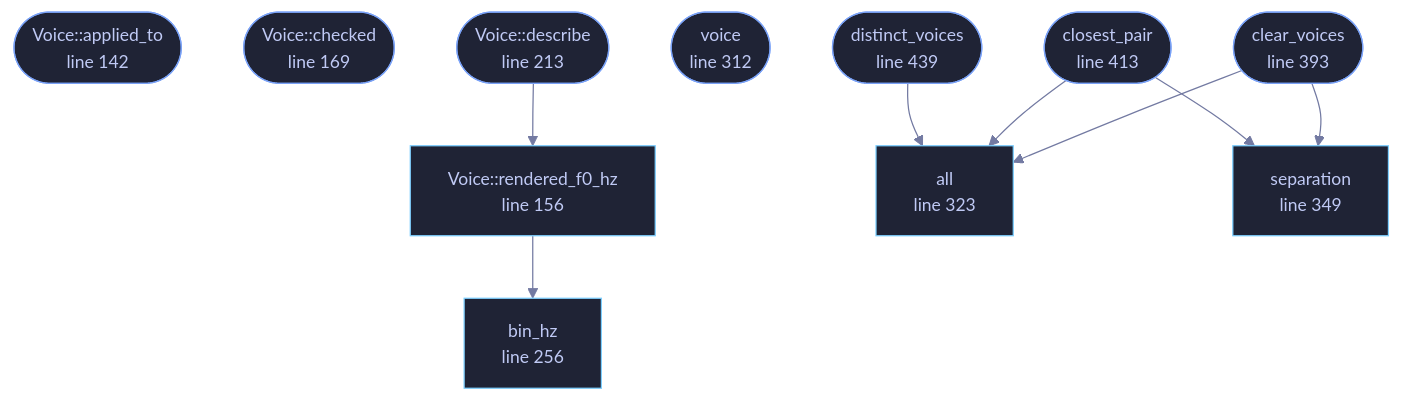
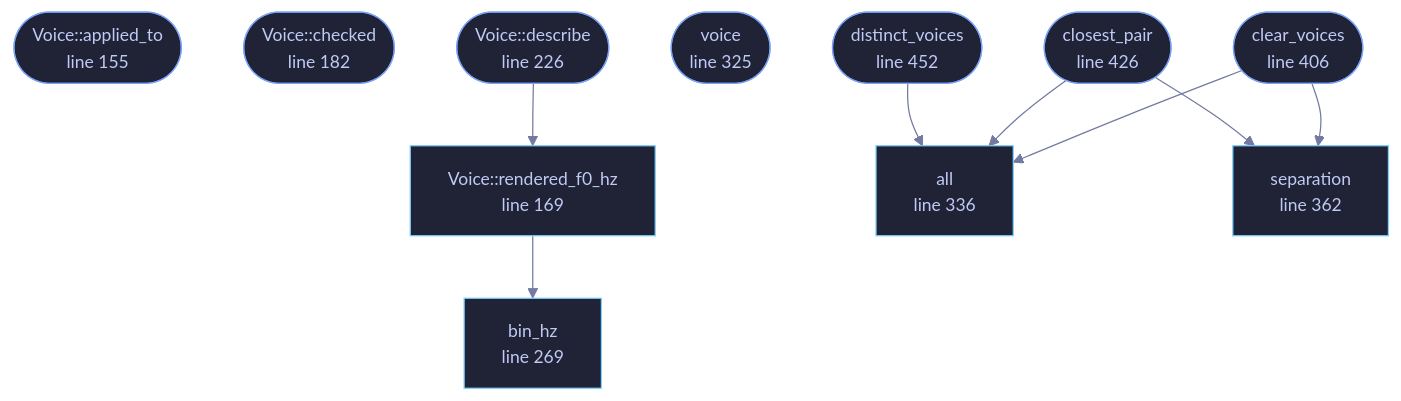
Before and after one commit to tilas01/veilvoice: the diagram in docs/files/veilvoice-core/voices.md, drawn with Mermaid. The commit also changed other lines of this file and 487 other files, not shown here.

````diff
--- a/docs/files/veilvoice-core/voices.md
+++ b/docs/files/veilvoice-core/voices.md
@@ -174,37 +188,37 @@
 ```mermaid
 %%{init: {"theme":"base","themeVariables":{"background":"#1a1b26","primaryColor":"#1f2335","primaryTextColor":"#c0caf5","primaryBorderColor":"#7aa2f7","secondaryColor":"#16161e","tertiaryColor":"#16161e","lineColor":"#737aa2","textColor":"#c0caf5","mainBkg":"#1f2335","nodeBorder":"#7aa2f7","clusterBkg":"#16161e","clusterBorder":"#2f3549","fontFamily":"ui-monospace, SFMono-Regular, Consolas, monospace","fontSize":"14px"}}}%%
 flowchart TD
-    n_applied_to(["Voice::applied_to<br/>line 142"])
-    n_rendered_f0_hz["Voice::rendered_f0_hz<br/>line 156"]
-    n_checked(["Voice::checked<br/>line 169"])
-    n_describe(["Voice::describe<br/>line 213"])
-    n_bin_hz["bin_hz<br/>line 256"]
-    n_voice(["voice<br/>line 312"])
-    n_all["all<br/>line 323"]
-    n_separation["separation<br/>line 349"]
-    n_clear_voices(["clear_voices<br/>line 393"])
-    n_closest_pair(["closest_pair<br/>line 413"])
-    n_distinct_voices(["distinct_voices<br/>line 439"])
+    n_applied_to(["Voice::applied_to<br/>line 155"])
+    n_rendered_f0_hz["Voice::rendered_f0_hz<br/>line 169"]
+    n_checked(["Voice::checked<br/>line 182"])
+    n_describe(["Voice::describe<br/>line 226"])
+    n_bin_hz["bin_hz<br/>line 269"]
+    n_voice(["voice<br/>line 325"])
+    n_all["all<br/>line 336"]
+    n_separation["separation<br/>line 362"]
+    n_clear_voices(["clear_voices<br/>line 406"])
+    n_closest_pair(["closest_pair<br/>line 426"])
+    n_distinct_voices(["distinct_voices<br/>line 452"])
     n_clear_voices --> n_all
     n_clear_voices --> n_separation
     n_closest_pair --> n_all
     n_closest_pair --> n_separation
     n_describe --> n_rendered_f0_hz
     n_distinct_voices --> n_all
     n_rendered_f0_hz --> n_bin_hz
-    click n_applied_to href "https://github.com/tilas01/veilvoice/blob/main/crates/veilvoice-core/src/voices.rs#L142" "open the source"
-    click n_rendered_f0_hz href "https://github.com/tilas01/veilvoice/blob/main/crates/veilvoice-core/src/voices.rs#L156" "open the source"
-    click n_checked href "https://github.com/tilas01/veilvoice/blob/main/crates/veilvoice-core/src/voices.rs#L169" "open the source"
-    click n_describe href "https://github.com/tilas01/veilvoice/blob/main/crates/veilvoice-core/src/voices.rs#L213" "open the source"
-    click n_bin_hz href "https://github.com/tilas01/veilvoice/blob/main/crates/veilvoice-core/src/voices.rs#L256" "open the source"
-    click n_voice href "https://github.com/tilas01/veilvoice/blob/main/crates/veilvoice-core/src/voices.rs#L312" "open the source"
-    click n_all href "https://github.com/tilas01/veilvoice/blob/main/crates/veilvoice-core/src/voices.rs#L323" "open the source"
-    click n_separation href "https://github.com/tilas01/veilvoice/blob/main/crates/veilvoice-core/src/voices.rs#L349" "open the source"
-    click n_clear_voices href "https://github.com/tilas01/veilvoice/blob/main/crates/veilvoice-core/src/voices.rs#L393" "open the source"
-    click n_closest_pair href "https://github.com/tilas01/veilvoice/blob/main/crates/veilvoice-core/src/voices.rs#L413" "open the source"
-    click n_distinct_voices href "https://github.com/tilas01/veilvoice/blob/main/crates/veilvoice-core/src/voices.rs#L439" "open the source"
+    click n_applied_to href "https://github.com/tilas01/veilvoice/blob/main/crates/veilvoice-core/src/voices.rs#L155" "open the source"
+    click n_rendered_f0_hz href "https://github.com/tilas01/veilvoice/blob/main/crates/veilvoice-core/src/voices.rs#L169" "open the source"
+    click n_checked href "https://github.com/tilas01/veilvoice/blob/main/crates/veilvoice-core/src/voices.rs#L182" "open the source"
+    click n_describe href "https://github.com/tilas01/veilvoice/blob/main/crates/veilvoice-core/src/voices.rs#L226" "open the source"
+    click n_bin_hz href "https://github.com/tilas01/veilvoice/blob/main/crates/veilvoice-core/src/voices.rs#L269" "open the source"
+    click n_voice href "https://github.com/tilas01/veilvoice/blob/main/crates/veilvoice-core/src/voices.rs#L325" "open the source"
+    click n_all href "https://github.com/tilas01/veilvoice/blob/main/crates/veilvoice-core/src/voices.rs#L336" "open the source"
+    click n_separation href "https://github.com/tilas01/veilvoice/blob/main/crates/veilvoice-core/src/voices.rs#L362" "open the source"
+    click n_clear_voices href "https://github.com/tilas01/veilvoice/blob/main/crates/veilvoice-core/src/voices.rs#L406" "open the source"
+    click n_closest_pair href "https://github.com/tilas01/veilvoice/blob/main/crates/veilvoice-core/src/voices.rs#L426" "open the source"
+    click n_distinct_voices href "https://github.com/tilas01/veilvoice/blob/main/crates/veilvoice-core/src/voices.rs#L452" "open the source"
     classDef entry fill:#1f2335,stroke:#7aa2f7,color:#c0caf5
     class n_applied_to,n_checked,n_describe,n_voice,n_clear_voices,n_closest_pair,n_distinct_voices entry
     classDef api fill:#1f2335,stroke:#7dcfff,color:#c0caf5
     class n_rendered_f0_hz,n_bin_hz,n_all,n_separation api
 ```
````
